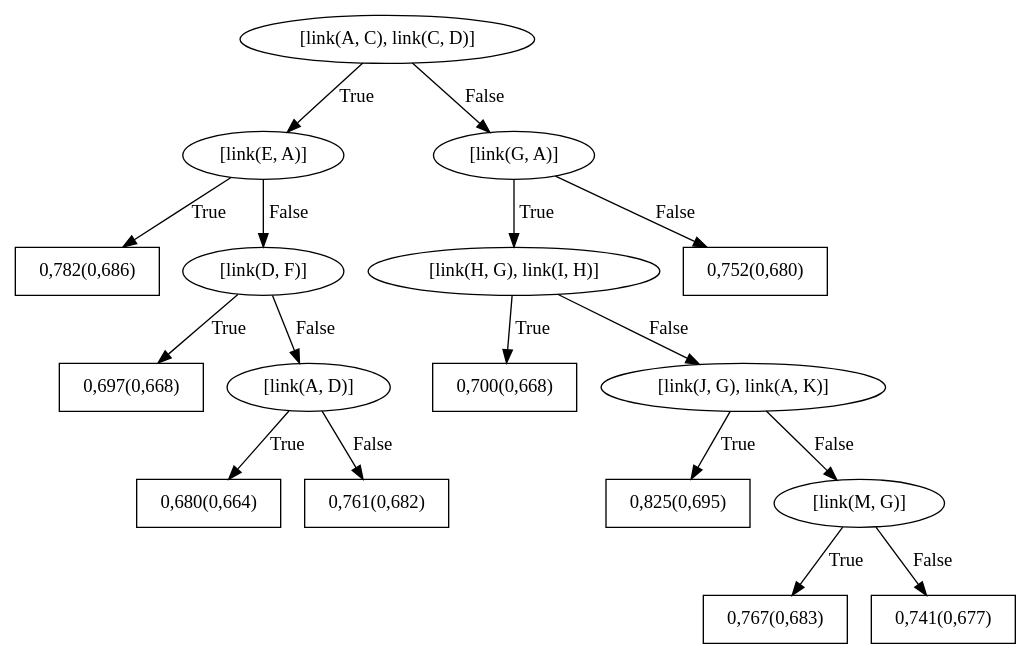
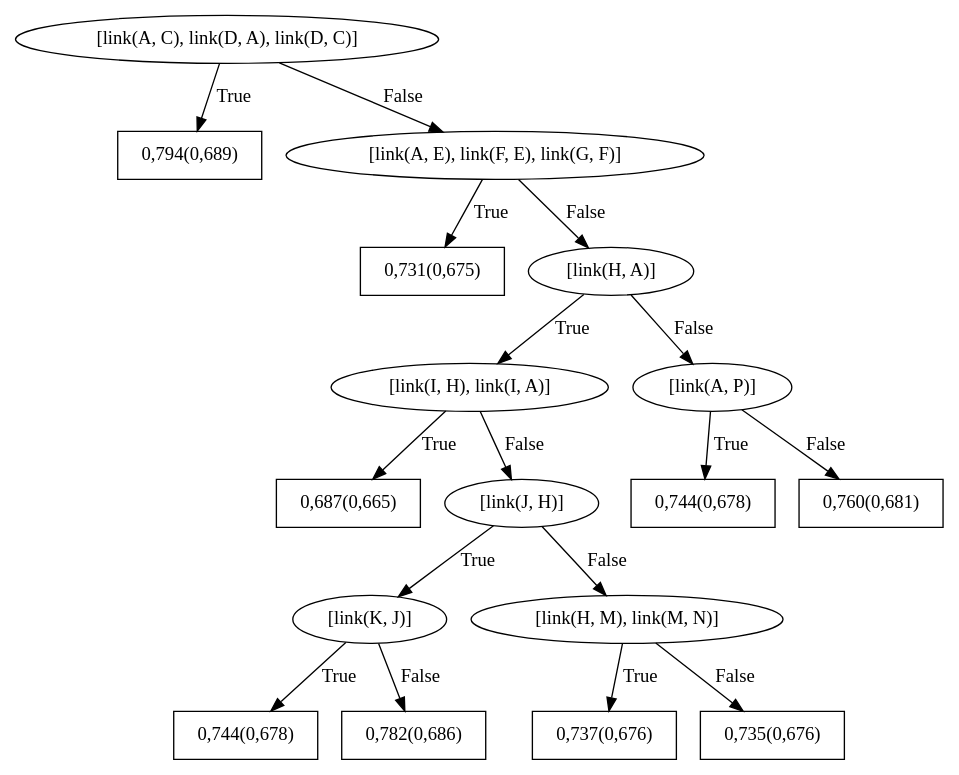
One commit to GabrielaPC/Trabalho-SRL changed the diagram in SRLBoost/data/citeseer/train/models/bRDNs/dotFiles/WILLTreeFor_hasCat0.dot. Above: the diagram before and after it, drawn with Graphviz. The commit also changed 67 other files, not shown here.

```diff
--- a/SRLBoost/data/citeseer/train/models/bRDNs/dotFiles/WILLTreeFor_hasCat0.dot
+++ b/SRLBoost/data/citeseer/train/models/bRDNs/dotFiles/WILLTreeFor_hasCat0.dot
@@ -1,35 +1,35 @@
 digraph G{ 
-1[label = "[link(A, C), link(C, D)]"];
+1[label = "[link(A, C), link(D, A), link(D, C)]"];
 1 -> 2[label="True"];
 1 -> 3[label="False"];
-2[label = "[link(E, A)]"];
-2 -> 4[label="True"];
-2 -> 5[label="False"];
-4[shape = box,label = "0,782(0,686)"];
-5[label = "[link(D, F)]"];
+2[shape = box,label = "0,794(0,689)"];
+3[label = "[link(A, E), link(F, E), link(G, F)]"];
+3 -> 4[label="True"];
+3 -> 5[label="False"];
+4[shape = box,label = "0,731(0,675)"];
+5[label = "[link(H, A)]"];
 5 -> 6[label="True"];
 5 -> 7[label="False"];
-6[shape = box,label = "0,697(0,668)"];
-7[label = "[link(A, D)]"];
-7 -> 8[label="True"];
-7 -> 9[label="False"];
-8[shape = box,label = "0,680(0,664)"];
-9[shape = box,label = "0,761(0,682)"];
-3[label = "[link(G, A)]"];
-3 -> 10[label="True"];
-3 -> 11[label="False"];
-10[label = "[link(H, G), link(I, H)]"];
+6[label = "[link(I, H), link(I, A)]"];
+6 -> 8[label="True"];
+6 -> 9[label="False"];
+8[shape = box,label = "0,687(0,665)"];
+9[label = "[link(J, H)]"];
+9 -> 10[label="True"];
+9 -> 11[label="False"];
+10[label = "[link(K, J)]"];
 10 -> 12[label="True"];
 10 -> 13[label="False"];
-12[shape = box,label = "0,700(0,668)"];
-13[label = "[link(J, G), link(A, K)]"];
-13 -> 14[label="True"];
-13 -> 15[label="False"];
-14[shape = box,label = "0,825(0,695)"];
-15[label = "[link(M, G)]"];
-15 -> 16[label="True"];
-15 -> 17[label="False"];
-16[shape = box,label = "0,767(0,683)"];
-17[shape = box,label = "0,741(0,677)"];
-11[shape = box,label = "0,752(0,680)"];
+12[shape = box,label = "0,744(0,678)"];
+13[shape = box,label = "0,782(0,686)"];
+11[label = "[link(H, M), link(M, N)]"];
+11 -> 14[label="True"];
+11 -> 15[label="False"];
+14[shape = box,label = "0,737(0,676)"];
+15[shape = box,label = "0,735(0,676)"];
+7[label = "[link(A, P)]"];
+7 -> 16[label="True"];
+7 -> 17[label="False"];
+16[shape = box,label = "0,744(0,678)"];
+17[shape = box,label = "0,760(0,681)"];
 }
```
